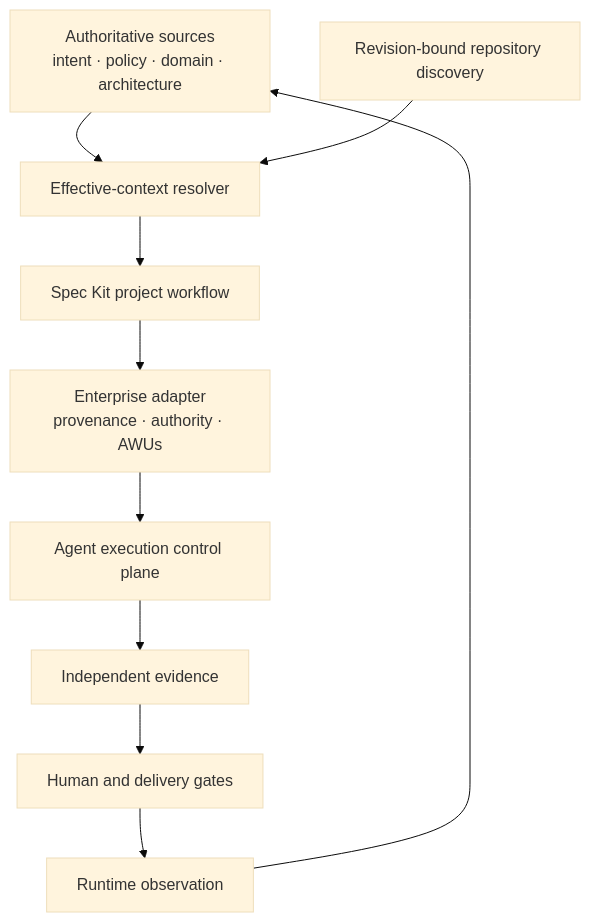
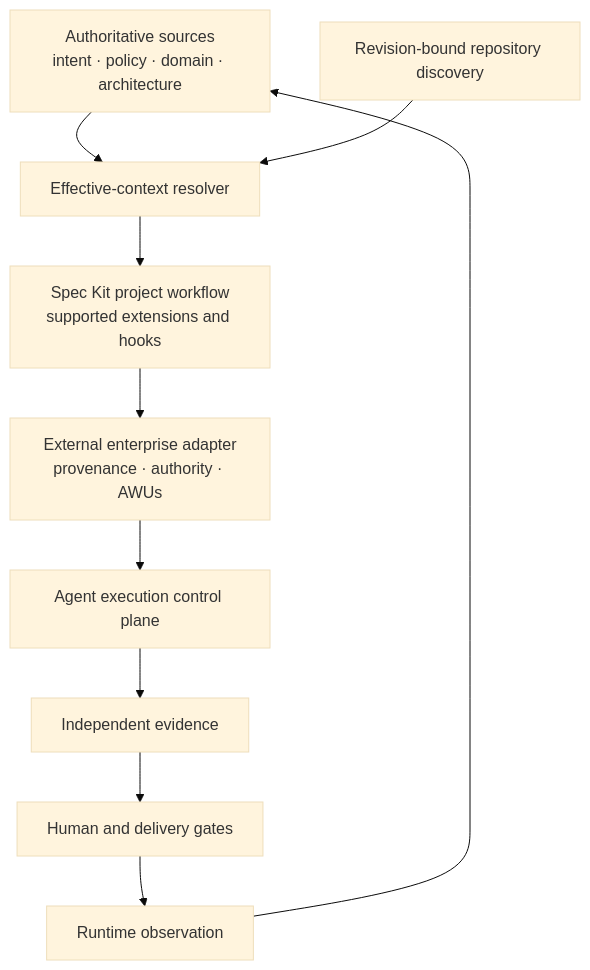
The diagram in curriculum/intermediate/03-github-spec-kit-enterprise-sdd/README.md (mahsa-teimourikia/spec-driven-development), drawn with Mermaid (base theme) before and after one commit. The commit also changed other lines of this file and 24 other files, not shown here.

````diff
--- a/curriculum/intermediate/03-github-spec-kit-enterprise-sdd/README.md
+++ b/curriculum/intermediate/03-github-spec-kit-enterprise-sdd/README.md
@@ -72,12 +74,12 @@
 ```mermaid
 flowchart TB
     SRC[Authoritative sources<br/>intent · policy · domain · architecture] --> RES[Effective-context resolver]
     REPO[Revision-bound repository discovery] --> RES
-    RES --> SK[Spec Kit project workflow]
-    SK --> ADP[Enterprise adapter<br/>provenance · authority · AWUs]
+    RES --> SK[Spec Kit project workflow<br/>supported extensions and hooks]
+    SK --> ADP[External enterprise adapter<br/>provenance · authority · AWUs]
     ADP --> EXE[Agent execution control plane]
     EXE --> EVD[Independent evidence]
     EVD --> REL[Human and delivery gates]
     REL --> RUN[Runtime observation]
     RUN --> SRC
 ```
````
